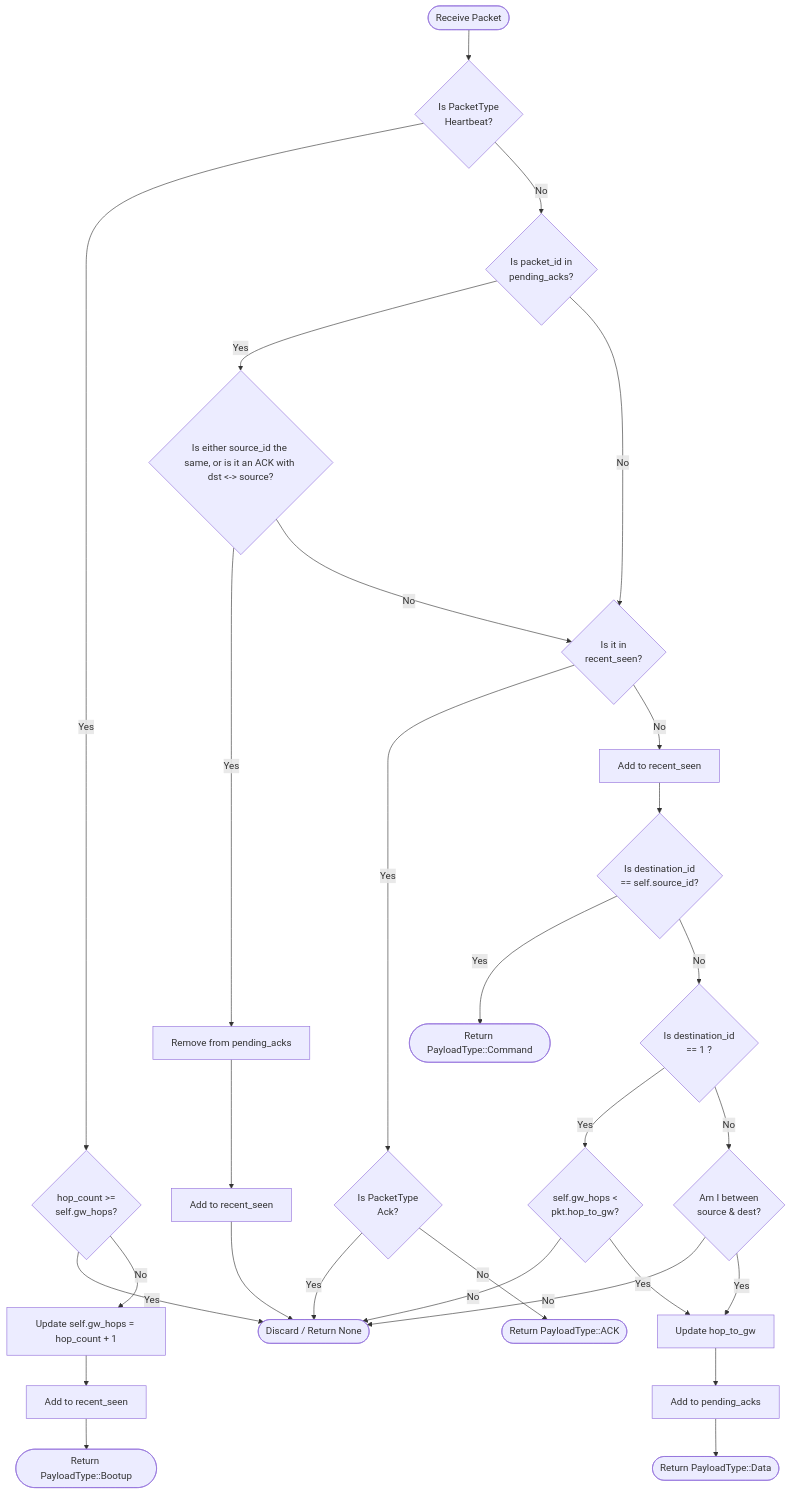
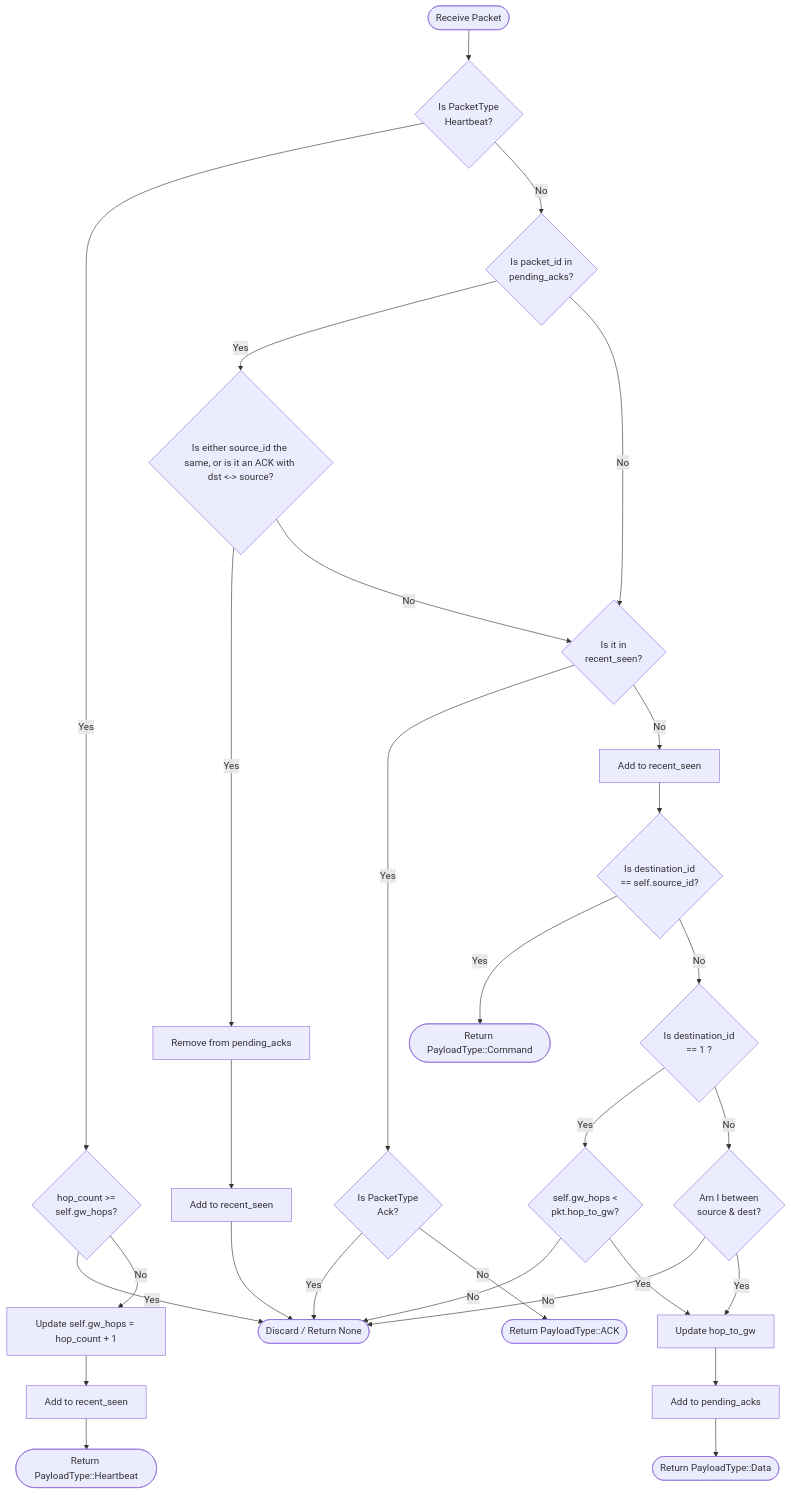
The first of 2 diagrams in must-hop/src/node/nm.md (jakobolason/must-hop), drawn with Mermaid before and after one commit. The commit also changed other lines of this file and 9 other files, not shown here.

````diff
--- a/must-hop/src/node/nm.md
+++ b/must-hop/src/node/nm.md
@@ -5,45 +5,45 @@
 ```mermaid
 graph TD
     Start([Receive Packet]) --> IsHeartbeat{Is PacketType <br> Heartbeat?}
 
     %% Heartbeat flow
     IsHeartbeat -- Yes --> CheckHeartbeatHop{hop_count >= <br> self.gw_hops?}
     CheckHeartbeatHop -- Yes --> Discard([Discard / Return None])
     CheckHeartbeatHop -- No --> UpdateGW[Update self.gw_hops = hop_count + 1]
     UpdateGW --> AddSeen1[Add to recent_seen]
-    AddSeen1 --> RetHeartbeat([Return PayloadType::Bootup])
+    AddSeen1 --> RetHeartbeat([Return PayloadType::Heartbeat])
 
     %% Pending ACKs check
     IsHeartbeat -- No --> CheckPending{Is packet_id in <br> pending_acks?}
     CheckPending -- Yes --> CheckCorrectPend{Is either source_id the same, or is it an ACK with dst <-> source?}
     CheckCorrectPend -- Yes --> RemovePending[Remove from pending_acks]
     CheckCorrectPend -- No --> CheckSeen
     RemovePending --> AddRecentSeen[Add to recent_seen] --> Discard
 
     %% Duplicate / Recent Seen check
     CheckPending -- No --> CheckSeen{Is it in <br> recent_seen?}
     CheckSeen -- Yes --> IsAckType{Is PacketType <br> Ack?}
     IsAckType -- Yes --> Discard
     IsAckType -- No --> RetAck([Return PayloadType::ACK])
 
     %% New packet flow
     CheckSeen -- No --> AddSeen2[Add to recent_seen]
     AddSeen2 --> IsForMe{Is destination_id <br> == self.source_id?}
 
     %% For Me
     IsForMe -- Yes --> RetCommand([Return PayloadType::Command])
 
     %% Forwarding logic
     IsForMe -- No --> IsGWBound{Is destination_id <br> == 1 ?}
     IsGWBound -- Yes --> CloserToGW{self.gw_hops < <br> pkt.hop_to_gw?}
     IsGWBound -- No --> InBetween{Am I between <br> source & dest?}
 
     CloserToGW -- No --> Discard
     InBetween -- No --> Discard
 
     CloserToGW -- Yes --> PrepForward[Update hop_to_gw]
     InBetween -- Yes --> PrepForward
 
     PrepForward --> AddToPending[Add to pending_acks]
     AddToPending --> RetData([Return PayloadType::Data])
 ```
````
